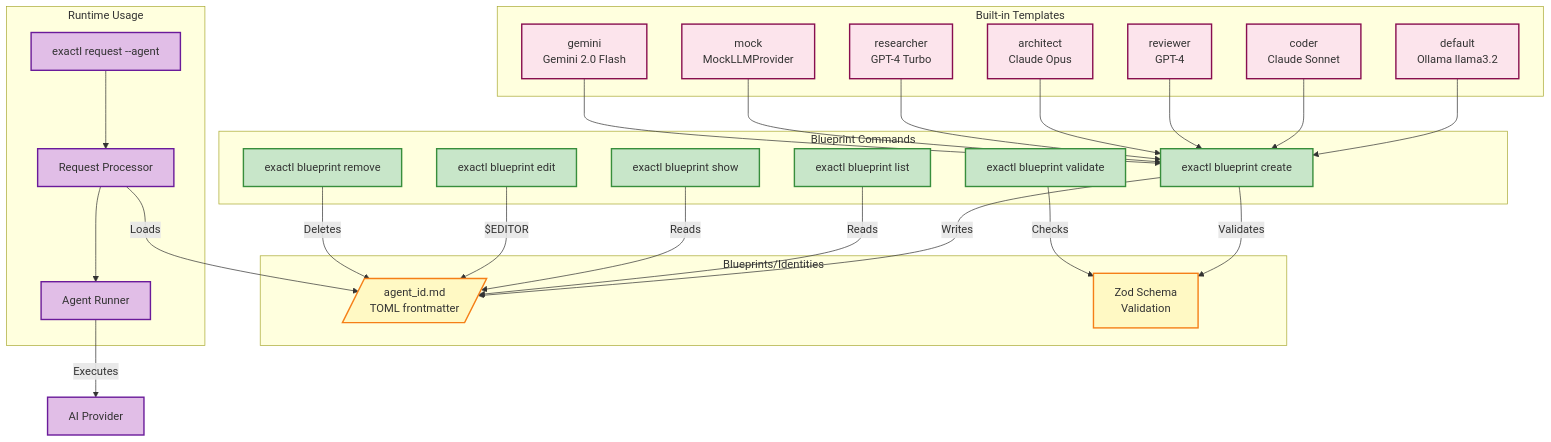
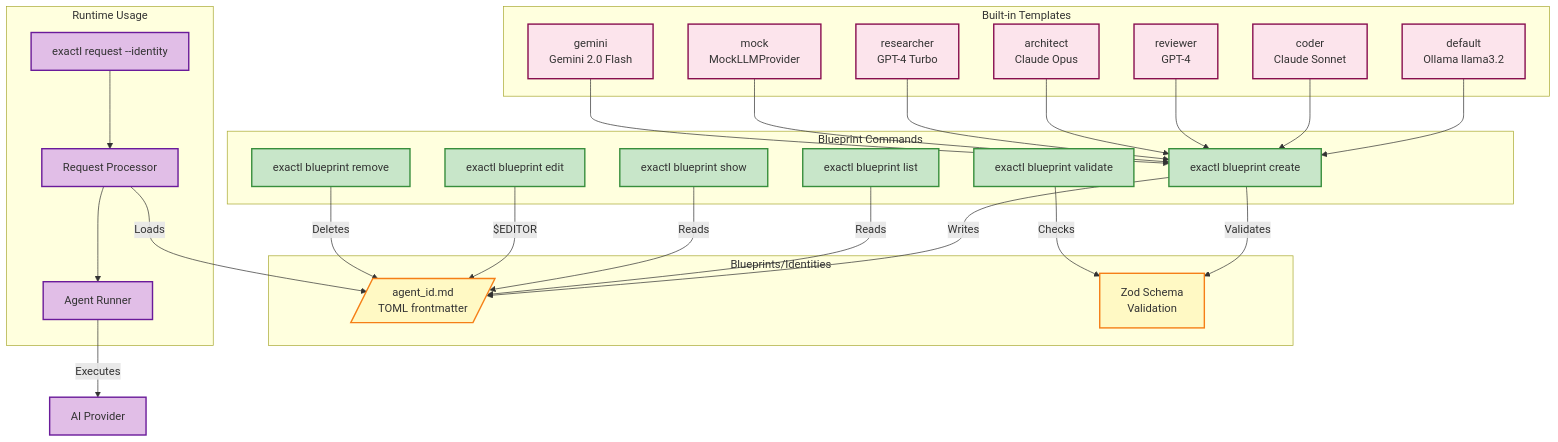
Before and after one commit to dostark/exaix-public: diagram 13 of 17 in ARCHITECTURE.md, drawn with Mermaid. The commit also changed other lines of this file and 60 other files, not shown here.

````diff
--- a/ARCHITECTURE.md
+++ b/ARCHITECTURE.md
@@ -1601,63 +1601,63 @@
 ```mermaid
 graph TB
     subgraph Templates["Built-in Templates"]
         Def[default<br/>Ollama llama3.2]
         Coder[coder<br/>Claude Sonnet]
         Reviewer[reviewer<br/>GPT-4]
         Architect[architect<br/>Claude Opus]
         Researcher[researcher<br/>GPT-4 Turbo]
         Mock[mock<br/>MockLLMProvider]
         Gemini[gemini<br/>Gemini 2.0 Flash]
     end
 
     subgraph Storage["Blueprints/Identities"]
         Files[/agent_id.md<br/>TOML frontmatter/]
         Validation[Zod Schema<br/>Validation]
     end
 
     subgraph CLI["Blueprint Commands"]
         Create[exactl blueprint create]
         List[exactl blueprint list]
         Show[exactl blueprint show]
         Validate[exactl blueprint validate]
         Edit[exactl blueprint edit]
         Remove[exactl blueprint remove]
     end
 
     subgraph Usage["Runtime Usage"]
-        Request[exactl request --agent]
+        Request[exactl request --identity]
         Processor[Request Processor]
         Runner[Agent Runner]
     end
 
     Def --> Create
     Coder --> Create
     Reviewer --> Create
     Architect --> Create
     Researcher --> Create
     Mock --> Create
     Gemini --> Create
 
     Create -->|Validates| Validation
     Create -->|Writes| Files
     List -->|Reads| Files
     Show -->|Reads| Files
     Validate -->|Checks| Validation
     Edit -->|$EDITOR| Files
     Remove -->|Deletes| Files
 
     Request --> Processor
     Processor -->|Loads| Files
     Processor --> Runner
     Runner -->|Executes| AI[AI Provider]
 
     classDef template fill:#fce4ec,stroke:#880e4f,stroke-width:2px
     classDef storage fill:#fff9c4,stroke:#f57f17,stroke-width:2px
     classDef cli fill:#c8e6c9,stroke:#388e3c,stroke-width:2px
     classDef usage fill:#e1bee7,stroke:#6a1b9a,stroke-width:2px
 
     class Def,Coder,Reviewer,Architect,Researcher,Mock,Gemini template
     class Files,Validation storage
     class Create,List,Show,Validate,Edit,Remove cli
     class Request,Processor,Runner,AI usage
 ```
````
